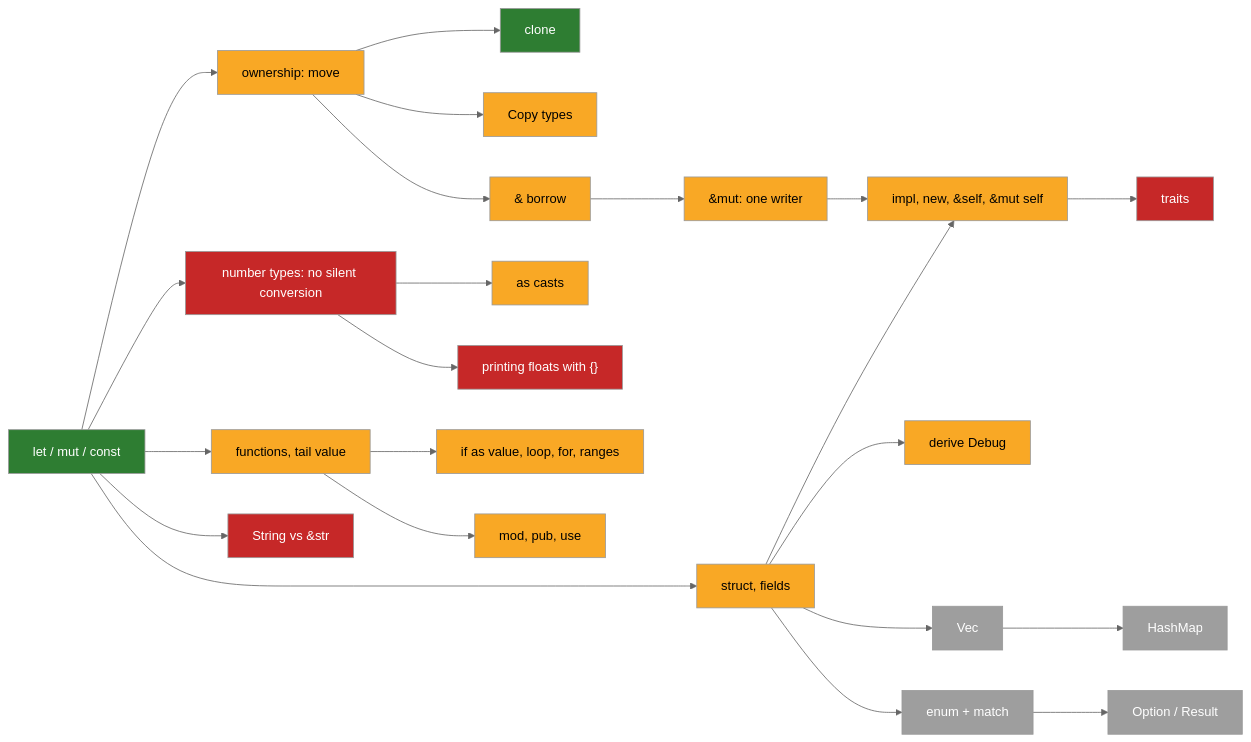
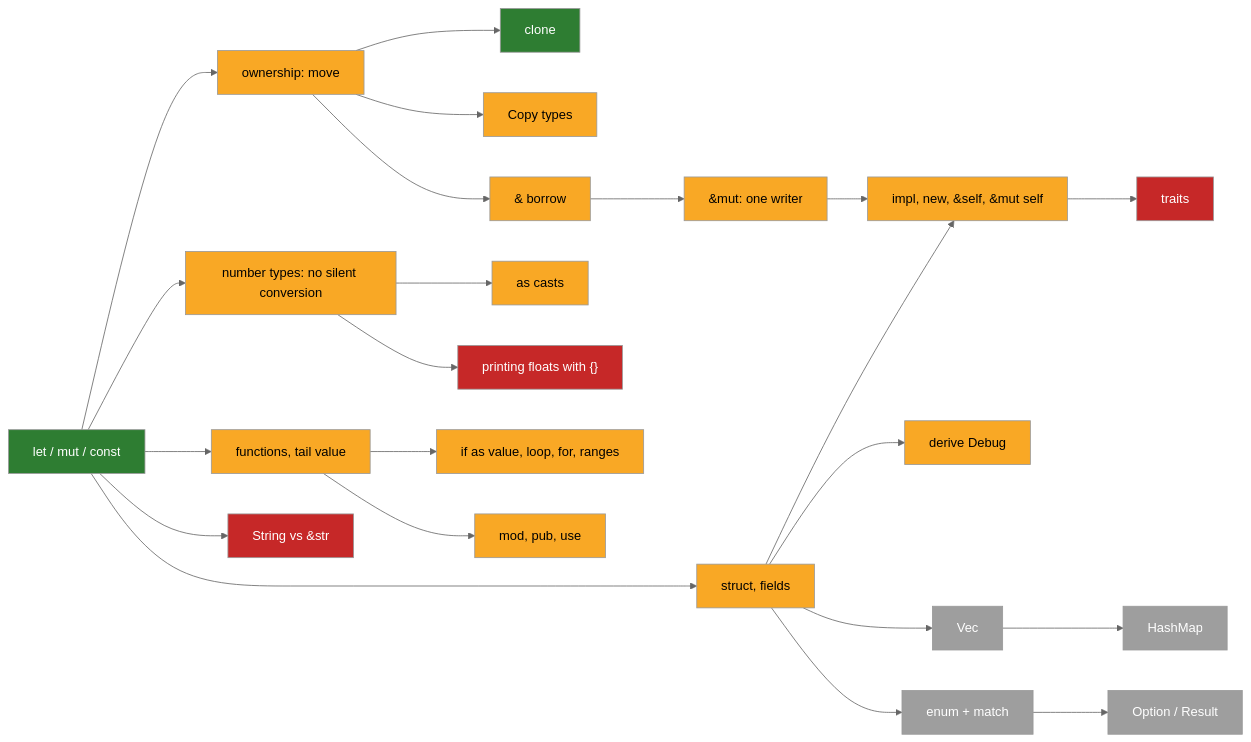
One commit to Dinesh417G/learn_rust changed the diagram in notes/GRAPH.md. Above: the diagram before and after it, drawn with Mermaid (neutral theme). The commit also changed other lines of this file and 2 other files, not shown here.

````diff
--- a/notes/GRAPH.md
+++ b/notes/GRAPH.md
@@ -7,28 +7,28 @@
 ```mermaid
 graph LR
   var["let / mut / const"]:::s3 --> own["ownership: move"]:::s2
-  var --> num["number types: no silent conversion"]:::s1
+  var --> num["number types: no silent conversion"]:::s2
   num --> cast["as casts"]:::s2
   num --> fmt["printing floats with {}"]:::s1
   var --> fnn["functions, tail value"]:::s2
   fnn --> flow["if as value, loop, for, ranges"]:::s2
   var --> strs["String vs &str"]:::s1
   own --> clone["clone"]:::s3
   own --> copy["Copy types"]:::s2
   own --> bor["& borrow"]:::s2
   bor --> bmut["&mut: one writer"]:::s2
   var --> st["struct, fields"]:::s2
   st --> impl["impl, new, &self, &mut self"]:::s2
   bmut --> impl
   st --> dbg["derive Debug"]:::s2
   impl --> tr["traits"]:::s1
   st --> vec["Vec"]:::s0
   vec --> map["HashMap"]:::s0
   st --> en["enum + match"]:::s0
   en --> opt["Option / Result"]:::s0
   fnn --> modu["mod, pub, use"]:::s2
   classDef s3 fill:#2e7d32,color:#fff
   classDef s2 fill:#f9a825,color:#000
   classDef s1 fill:#c62828,color:#fff
   classDef s0 fill:#9e9e9e,color:#fff
 ```
````
